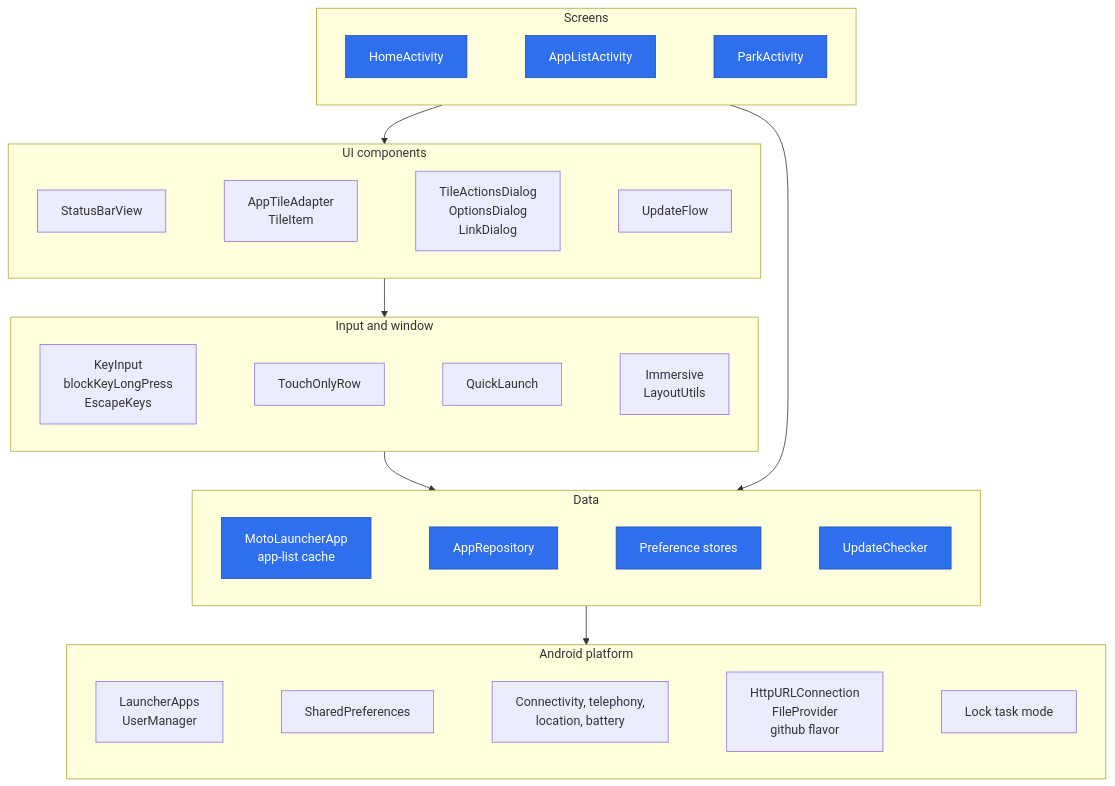
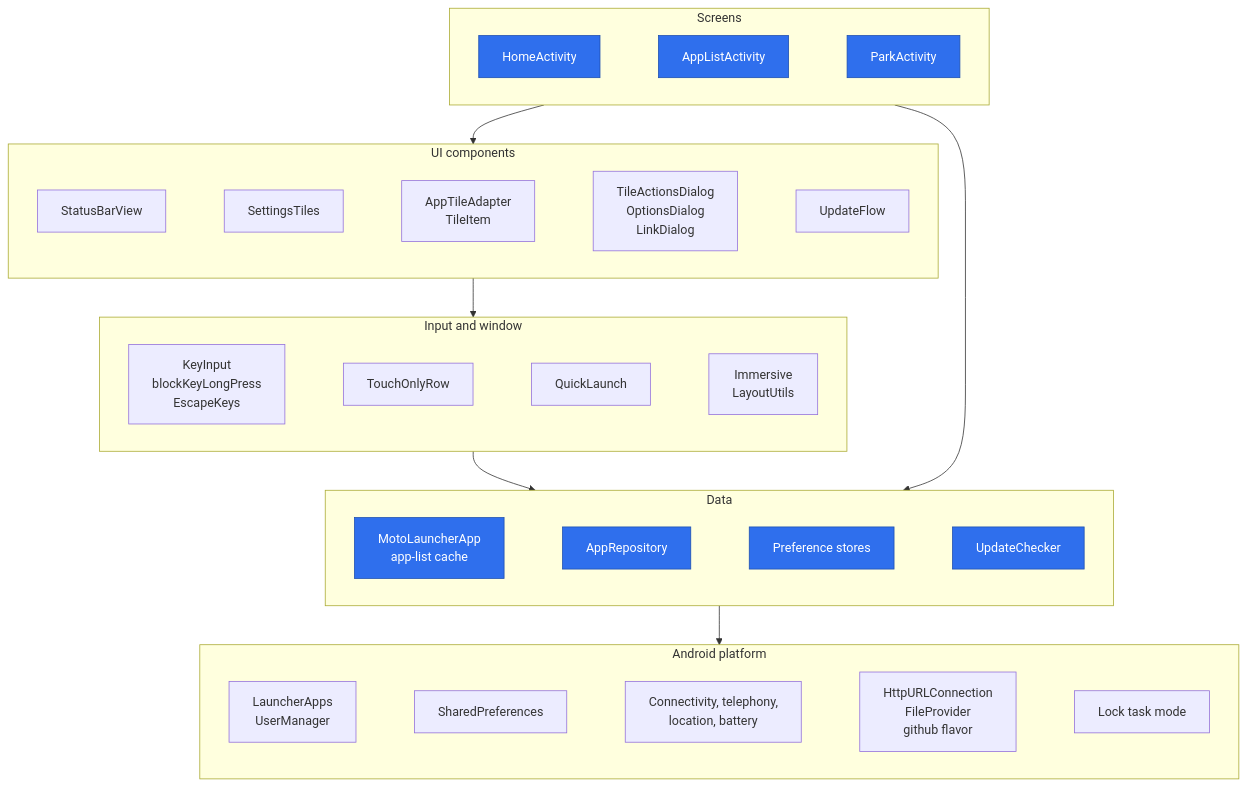
The second of 3 diagrams in .github/architecture.md (c0dev0id/motoLauncher), drawn with Mermaid before and after one commit. The commit also changed 8 other files, not shown here.

First line of the commit message:
Split the settings tiles out of the app list

````diff
--- a/.github/architecture.md
+++ b/.github/architecture.md
@@ -60,29 +60,29 @@
 ```mermaid
 flowchart TB
     subgraph screens["Screens"]
         direction LR
         home["HomeActivity"] ~~~ list["AppListActivity"] ~~~ park["ParkActivity"]
     end
     subgraph widgets["UI components"]
         direction LR
-        statusbar["StatusBarView"] ~~~ adapter["AppTileAdapter<br/>TileItem"] ~~~ dialogs["TileActionsDialog<br/>OptionsDialog<br/>LinkDialog"] ~~~ updateflow["UpdateFlow"]
+        statusbar["StatusBarView"] ~~~ settings["SettingsTiles"] ~~~ adapter["AppTileAdapter<br/>TileItem"] ~~~ dialogs["TileActionsDialog<br/>OptionsDialog<br/>LinkDialog"] ~~~ updateflow["UpdateFlow"]
     end
     subgraph input["Input and window"]
         direction LR
         keys["KeyInput<br/>blockKeyLongPress<br/>EscapeKeys"] ~~~ touch["TouchOnlyRow"] ~~~ quick["QuickLaunch"] ~~~ immersive["Immersive<br/>LayoutUtils"]
     end
     subgraph data["Data"]
         direction LR
         appc["MotoLauncherApp<br/>app-list cache"] ~~~ repo["AppRepository"] ~~~ stores["Preference stores"] ~~~ updater["UpdateChecker"]
     end
     subgraph platform["Android platform"]
         direction LR
         p1["LauncherApps<br/>UserManager"] ~~~ p2["SharedPreferences"] ~~~ p3["Connectivity, telephony,<br/>location, battery"] ~~~ p4["HttpURLConnection<br/>FileProvider<br/>github flavor"] ~~~ p5["Lock task mode"]
     end
 
     screens --> widgets --> input --> data --> platform
     screens --> data
 
     classDef primary fill:#2F6FED,stroke:#1E4FB0,color:#FFFFFF
     class home,list,park,appc,repo,stores,updater primary
 ```
````
